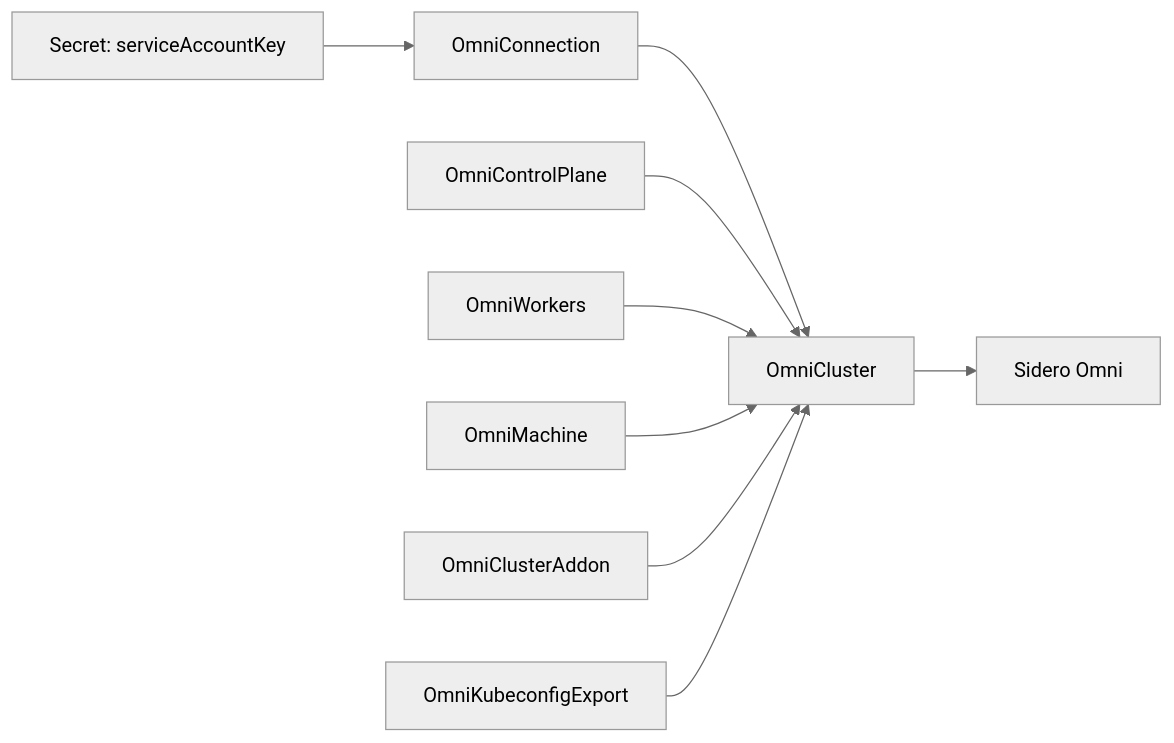
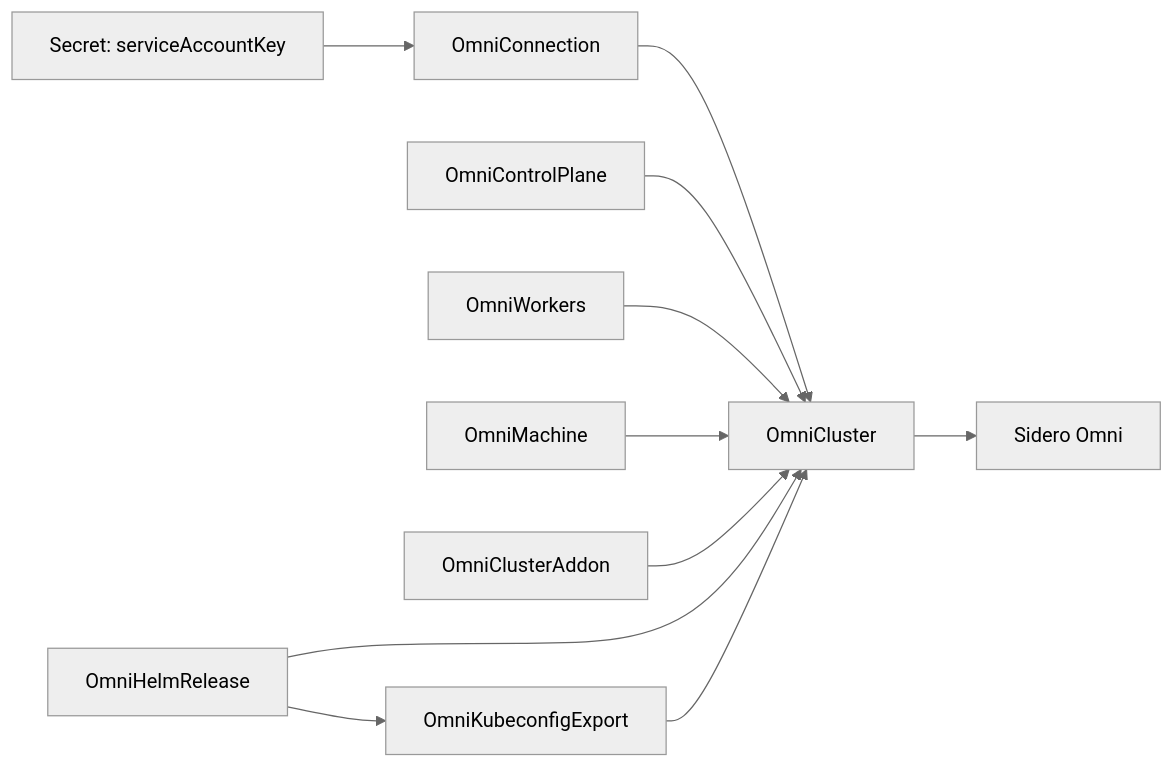
One commit to texas-hpc/omni-cluster-operator changed the diagram in docs/index.md. Above: the diagram before and after it, drawn with Mermaid (neutral theme). The commit also changed other lines of this file and 42 other files, not shown here.

Commit message:
Add direct Helm release reconciliation

````diff
--- a/docs/index.md
+++ b/docs/index.md
@@ -42,11 +44,13 @@
 ```mermaid
 flowchart LR
   Secret["Secret: serviceAccountKey"] --> Connection["OmniConnection"]
   Connection --> Cluster["OmniCluster"]
   ControlPlane["OmniControlPlane"] --> Cluster
   Workers["OmniWorkers"] --> Cluster
   Machine["OmniMachine"] --> Cluster
   Addon["OmniClusterAddon"] --> Cluster
+  HelmRelease["OmniHelmRelease"] --> Export
+  HelmRelease --> Cluster
   Export["OmniKubeconfigExport"] --> Cluster
   Cluster --> Omni["Sidero Omni"]
 ```
````
